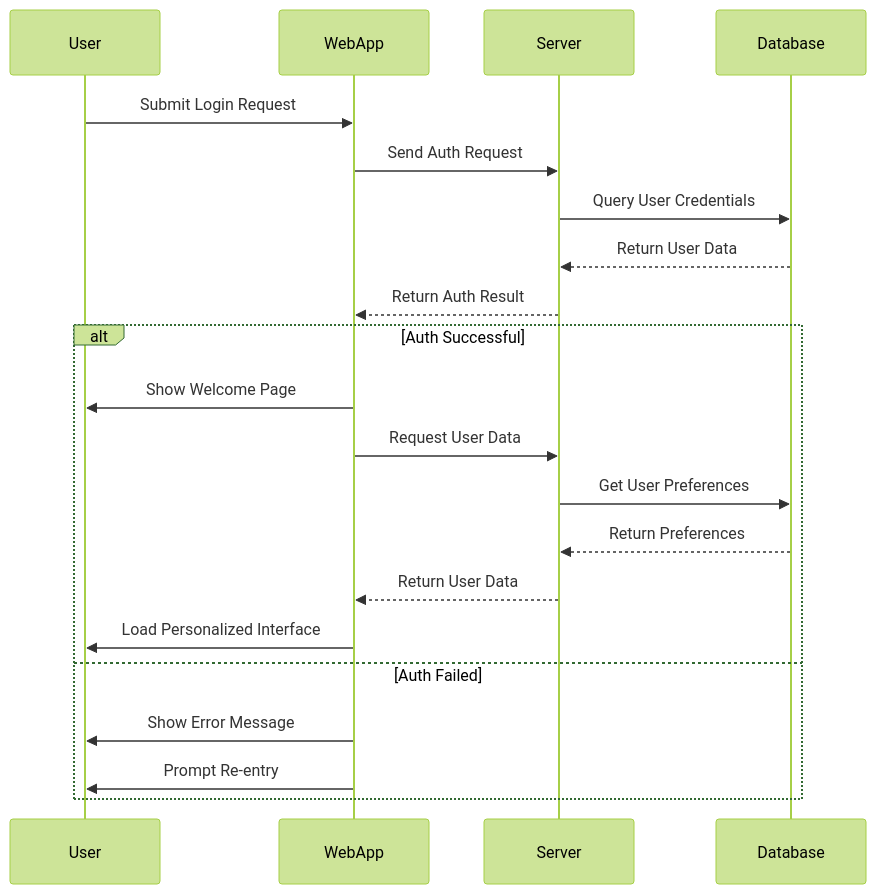
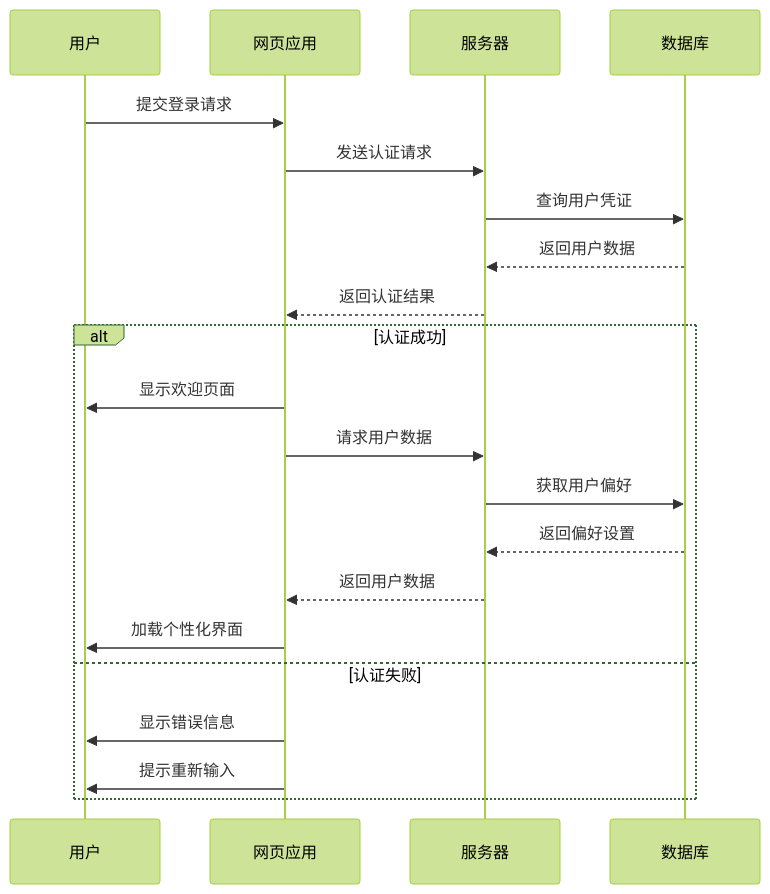
One commit to zpooi/mizuki changed the second of 6 diagrams in src/content/posts/markdown-mermaid.md. Above: the diagram before and after it, drawn with Mermaid (forest theme). The commit also changed other lines of this file and 6 other files, not shown here.

````diff
--- a/src/content/posts/markdown-mermaid.md
+++ b/src/content/posts/markdown-mermaid.md
@@ -45,25 +45,25 @@
 ```mermaid
 sequenceDiagram
-    participant User
-    participant WebApp
-    participant Server
-    participant Database
+    participant 用户
+    participant 网页应用
+    participant 服务器
+    participant 数据库
 
-    User->>WebApp: Submit Login Request
-    WebApp->>Server: Send Auth Request
-    Server->>Database: Query User Credentials
-    Database-->>Server: Return User Data
-    Server-->>WebApp: Return Auth Result
+    用户->>网页应用: 提交登录请求
+    网页应用->>服务器: 发送认证请求
+    服务器->>数据库: 查询用户凭证
+    数据库-->>服务器: 返回用户数据
+    服务器-->>网页应用: 返回认证结果
     
-    alt Auth Successful
-        WebApp->>User: Show Welcome Page
-        WebApp->>Server: Request User Data
-        Server->>Database: Get User Preferences
-        Database-->>Server: Return Preferences
-        Server-->>WebApp: Return User Data
-        WebApp->>User: Load Personalized Interface
-    else Auth Failed
-        WebApp->>User: Show Error Message
-        WebApp->>User: Prompt Re-entry
+    alt 认证成功
+        网页应用->>用户: 显示欢迎页面
+        网页应用->>服务器: 请求用户数据
+        服务器->>数据库: 获取用户偏好
+        数据库-->>服务器: 返回偏好设置
+        服务器-->>网页应用: 返回用户数据
+        网页应用->>用户: 加载个性化界面
+    else 认证失败
+        网页应用->>用户: 显示错误信息
+        网页应用->>用户: 提示重新输入
     end
 ```
````
